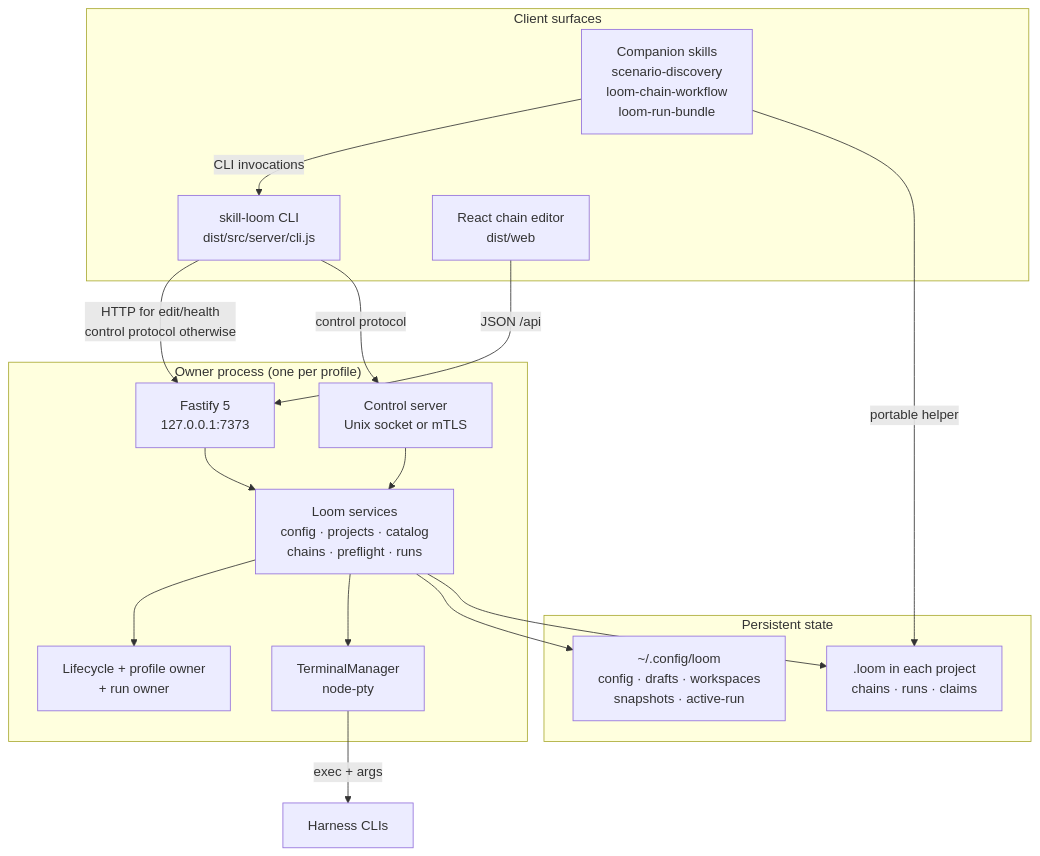
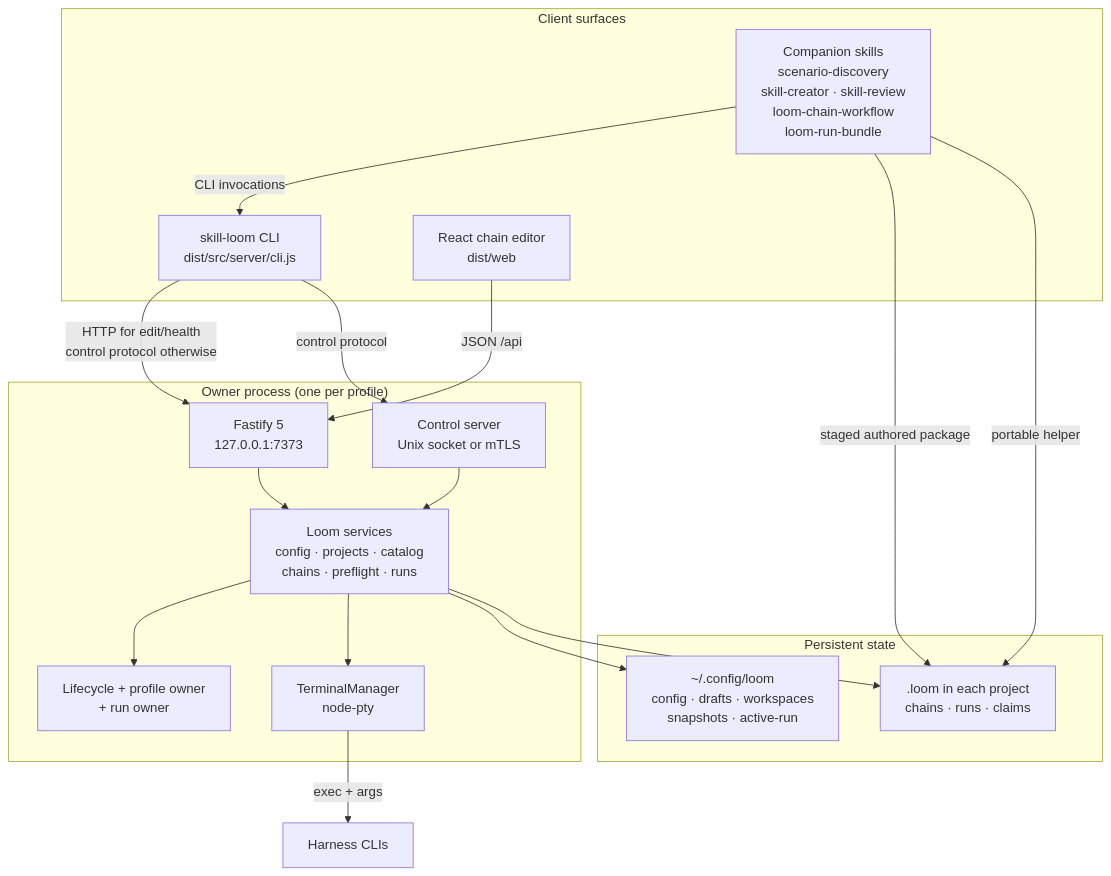
The second of 8 diagrams in Project_Architecture_Blueprint.md (McFuzzySquirrel/skill-loom), drawn with Mermaid before and after one commit. The commit also changed other lines of this file and 120 other files, not shown here.

First line of the commit message:
Add per-gap authored skill flow for discovery

````diff
--- a/Project_Architecture_Blueprint.md
+++ b/Project_Architecture_Blueprint.md
@@ -103,35 +108,36 @@
 ```mermaid
 flowchart TB
   subgraph Client["Client surfaces"]
     CLI["skill-loom CLI<br/>dist/src/server/cli.js"]
-    Skill["Companion skills<br/>scenario-discovery<br/>loom-chain-workflow<br/>loom-run-bundle"]
+    Skill["Companion skills<br/>scenario-discovery<br/>skill-creator · skill-review<br/>loom-chain-workflow<br/>loom-run-bundle"]
     Web["React chain editor<br/>dist/web"]
   end
 
   subgraph Owner["Owner process (one per profile)"]
     Fastify["Fastify 5<br/>127.0.0.1:7373"]
     Control["Control server<br/>Unix socket or mTLS"]
     Services["Loom services<br/>config · projects · catalog<br/>chains · preflight · runs"]
     Lifecycle["Lifecycle + profile owner<br/>+ run owner"]
     PTY["TerminalManager<br/>node-pty"]
   end
 
   subgraph Disk["Persistent state"]
     Config["~/.config/loom<br/>config · drafts · workspaces<br/>snapshots · active-run"]
     Project[".loom in each project<br/>chains · runs · claims"]
   end
 
   CLI -->|"HTTP for edit/health<br/>control protocol otherwise"| Fastify
   CLI -->|"control protocol"| Control
   Web -->|"JSON /api"| Fastify
   Skill -->|"CLI invocations"| CLI
+  Skill -->|"staged authored package"| Project
   Skill -->|"portable helper"| Project
 
   Fastify --> Services
   Control --> Services
   Services --> Lifecycle
   Services --> PTY
   Services --> Config
   Services --> Project
   PTY -->|"exec + args"| Harness["Harness CLIs"]
 ```
````
